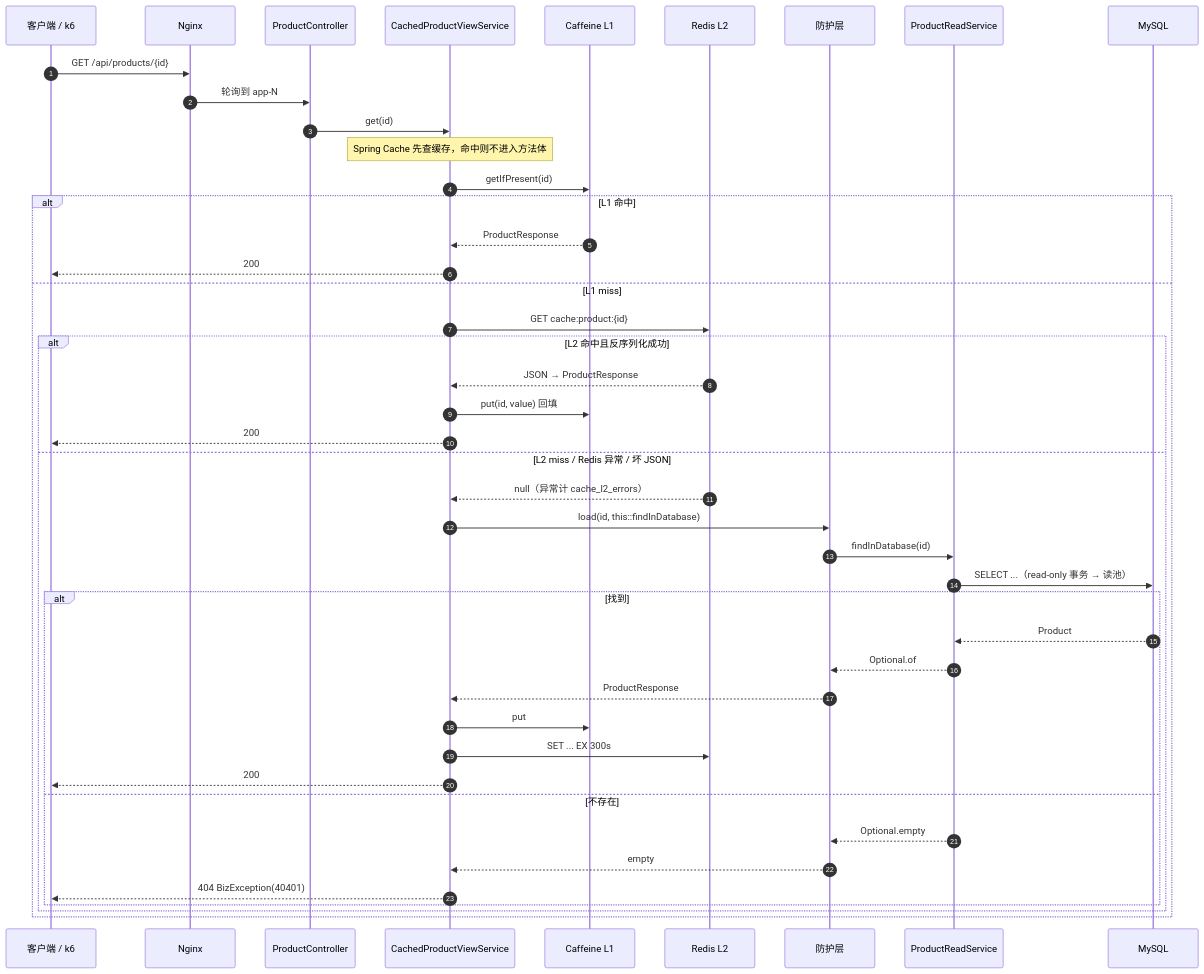
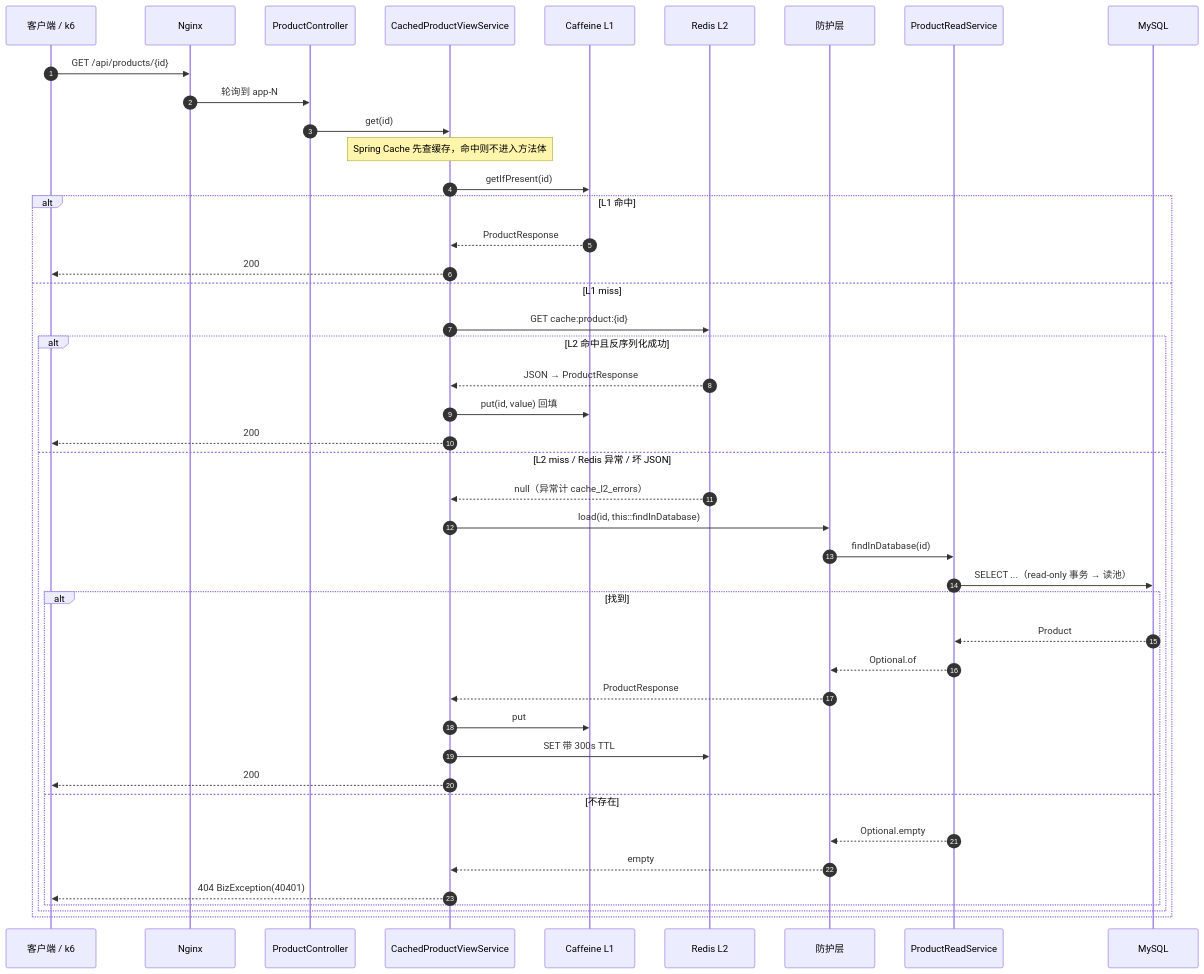
One commit to GigaEphemeral/test_dashbord changed the second of 6 diagrams in doc/design/details/02-业务主链路.md. Above: the diagram before and after it, drawn with Mermaid. The commit also changed other lines of this file and 3 other files, not shown here.

````diff
--- a/doc/design/details/02-业务主链路.md
+++ b/doc/design/details/02-业务主链路.md
@@ -76,47 +76,47 @@
 ```mermaid
 sequenceDiagram
   autonumber
   participant C as 客户端 / k6
   participant NG as Nginx
   participant PC as ProductController
   participant CP as CachedProductViewService
   participant L1 as Caffeine L1
   participant L2 as Redis L2
   participant DEF as 防护层
   participant PR as ProductReadService
   participant DB as MySQL
 
   C->>NG: GET /api/products/{id}
   NG->>PC: 轮询到 app-N
   PC->>CP: get(id)
   Note over CP: Spring Cache 先查缓存，命中则不进入方法体
   CP->>L1: getIfPresent(id)
   alt L1 命中
     L1-->>CP: ProductResponse
     CP-->>C: 200
   else L1 miss
     CP->>L2: GET cache:product:{id}
     alt L2 命中且反序列化成功
       L2-->>CP: JSON → ProductResponse
       CP->>L1: put(id, value) 回填
       CP-->>C: 200
     else L2 miss / Redis 异常 / 坏 JSON
       L2-->>CP: null（异常计 cache_l2_errors）
       CP->>DEF: load(id, this::findInDatabase)
       DEF->>PR: findInDatabase(id)
       PR->>DB: SELECT ...（read-only 事务 → 读池）
       alt 找到
         DB-->>PR: Product
         PR-->>DEF: Optional.of
         DEF-->>CP: ProductResponse
         CP->>L1: put
-        CP->>L2: SET ... EX 300s
+        CP->>L2: SET 带 300s TTL
         CP-->>C: 200
       else 不存在
         PR-->>DEF: Optional.empty
         DEF-->>CP: empty
         CP-->>C: 404 BizException(40401)
       end
     end
   end
 ```
````
